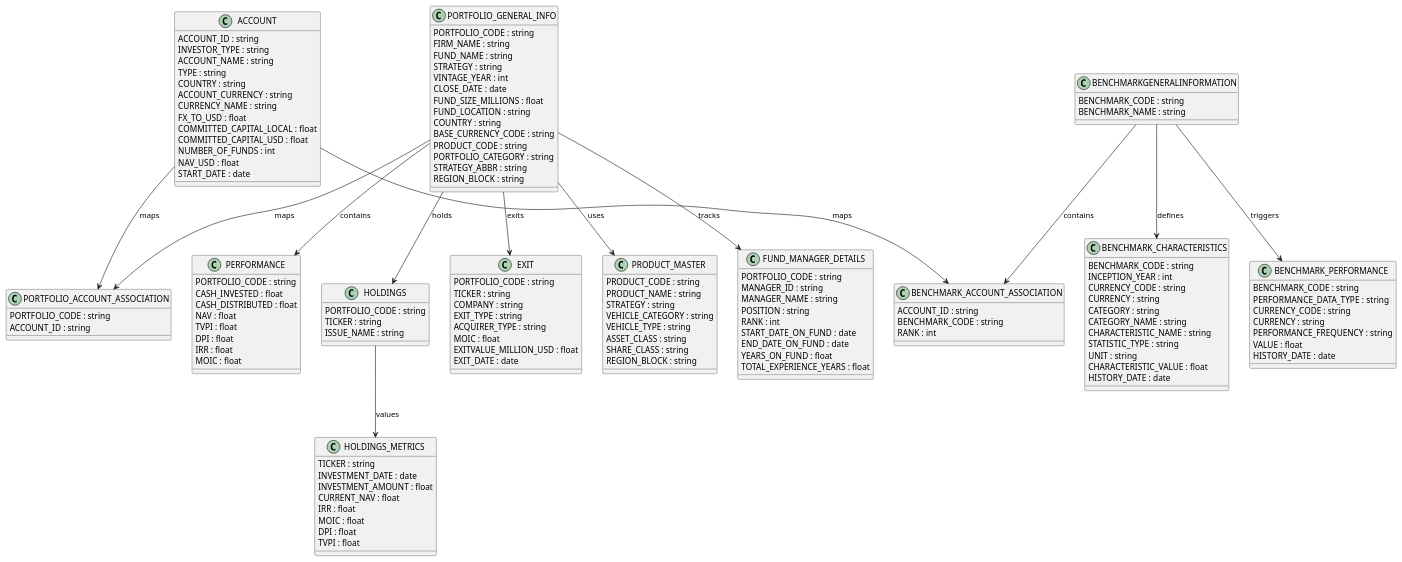
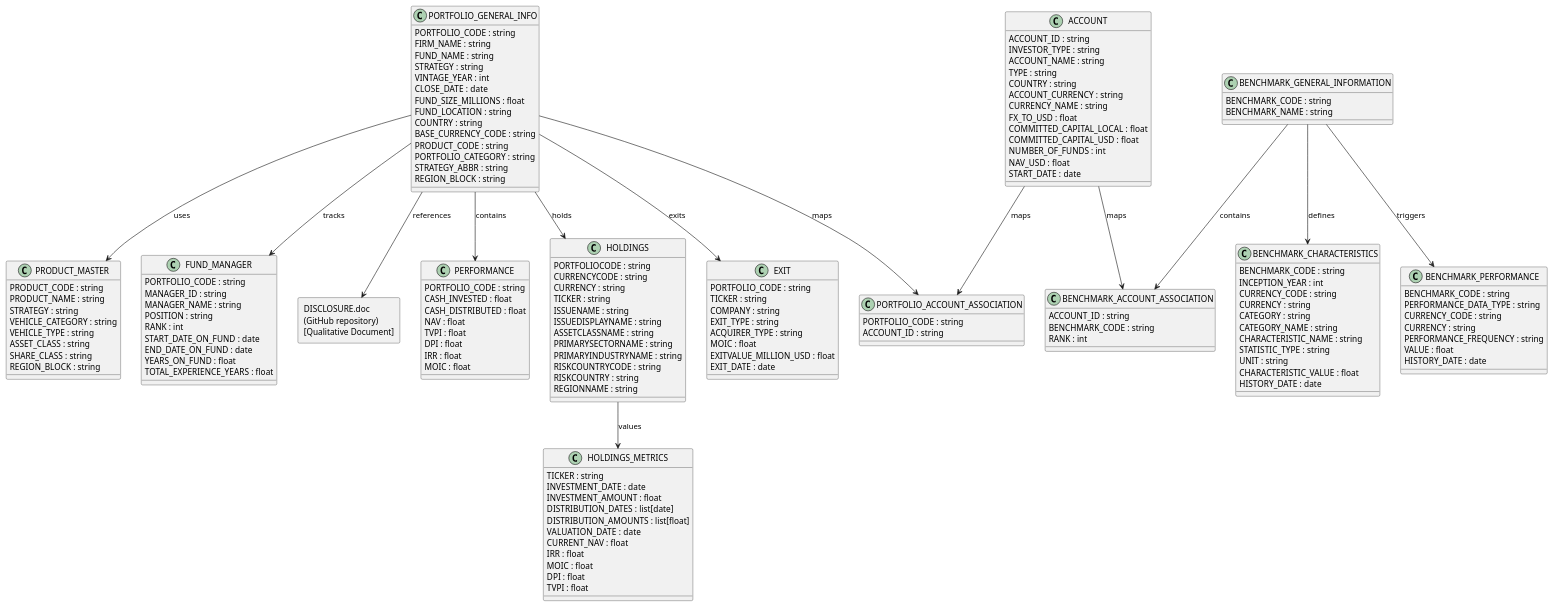
The diagram in vc_diagram.puml (mweb29/VC_Capstone_Project), drawn with PlantUML before and after one commit. The commit also changed 1 other file, not shown here.

Commit message:
README and diagram updates

```diff
--- a/vc_diagram.puml
+++ b/vc_diagram.puml
@@ -1,155 +1,175 @@
 @startuml VC_Diagram
 
 ' ───── Class Definitions (Tables) ─────
 
 class ACCOUNT {
   ACCOUNT_ID : string
   INVESTOR_TYPE : string
   ACCOUNT_NAME : string
   TYPE : string
   COUNTRY : string
   ACCOUNT_CURRENCY : string
   CURRENCY_NAME : string
   FX_TO_USD : float
   COMMITTED_CAPITAL_LOCAL : float
   COMMITTED_CAPITAL_USD : float
   NUMBER_OF_FUNDS : int
   NAV_USD : float
   START_DATE : date
 }
 
 class PORTFOLIO_GENERAL_INFO {
   PORTFOLIO_CODE : string
   FIRM_NAME : string
   FUND_NAME : string
   STRATEGY : string
   VINTAGE_YEAR : int
   CLOSE_DATE : date
   FUND_SIZE_MILLIONS : float
   FUND_LOCATION : string
   COUNTRY : string
   BASE_CURRENCY_CODE : string
   PRODUCT_CODE : string
   PORTFOLIO_CATEGORY : string
   STRATEGY_ABBR : string
   REGION_BLOCK : string
 }
 
 class PORTFOLIO_ACCOUNT_ASSOCIATION {
   PORTFOLIO_CODE : string
   ACCOUNT_ID : string
 }
 
 class PERFORMANCE {
   PORTFOLIO_CODE : string
   CASH_INVESTED : float
   CASH_DISTRIBUTED : float
   NAV : float
   TVPI : float
   DPI : float
   IRR : float
   MOIC : float
 }
 
 class HOLDINGS {
-  PORTFOLIO_CODE : string
+  PORTFOLIOCODE : string
+  CURRENCYCODE : string
+  CURRENCY : string
   TICKER : string
-  ISSUE_NAME : string
+  ISSUENAME : string
+  ISSUEDISPLAYNAME : string
+  ASSETCLASSNAME : string
+  PRIMARYSECTORNAME : string
+  PRIMARYINDUSTRYNAME : string
+  RISKCOUNTRYCODE : string
+  RISKCOUNTRY : string
+  REGIONNAME : string
 }
 
 class HOLDINGS_METRICS {
   TICKER : string
   INVESTMENT_DATE : date
   INVESTMENT_AMOUNT : float
+  DISTRIBUTION_DATES : list[date]
+  DISTRIBUTION_AMOUNTS : list[float]
+  VALUATION_DATE : date
   CURRENT_NAV : float
   IRR : float
   MOIC : float
   DPI : float
   TVPI : float
 }
 
 class EXIT {
   PORTFOLIO_CODE : string
   TICKER : string
   COMPANY : string
   EXIT_TYPE : string
   ACQUIRER_TYPE : string
   MOIC : float
   EXITVALUE_MILLION_USD : float
   EXIT_DATE : date
 }
 
 class PRODUCT_MASTER {
   PRODUCT_CODE : string
   PRODUCT_NAME : string
   STRATEGY : string
   VEHICLE_CATEGORY : string
   VEHICLE_TYPE : string
   ASSET_CLASS : string
   SHARE_CLASS : string
   REGION_BLOCK : string
 }
 
-class FUND_MANAGER_DETAILS {
+class FUND_MANAGER {
   PORTFOLIO_CODE : string
   MANAGER_ID : string
   MANAGER_NAME : string
   POSITION : string
   RANK : int
   START_DATE_ON_FUND : date
   END_DATE_ON_FUND : date
   YEARS_ON_FUND : float
   TOTAL_EXPERIENCE_YEARS : float
 }
 
-class BENCHMARKGENERALINFORMATION {
+class BENCHMARK_GENERAL_INFORMATION {
   BENCHMARK_CODE : string
   BENCHMARK_NAME : string
 }
 
 class BENCHMARK_CHARACTERISTICS {
   BENCHMARK_CODE : string
   INCEPTION_YEAR : int
   CURRENCY_CODE : string
   CURRENCY : string
   CATEGORY : string
   CATEGORY_NAME : string
   CHARACTERISTIC_NAME : string
   STATISTIC_TYPE : string
   UNIT : string
   CHARACTERISTIC_VALUE : float
   HISTORY_DATE : date
 }
 
 class BENCHMARK_PERFORMANCE {
   BENCHMARK_CODE : string
   PERFORMANCE_DATA_TYPE : string
   CURRENCY_CODE : string
   CURRENCY : string
   PERFORMANCE_FREQUENCY : string
   VALUE : float
   HISTORY_DATE : date
 }
 
 class BENCHMARK_ACCOUNT_ASSOCIATION {
   ACCOUNT_ID : string
   BENCHMARK_CODE : string
   RANK : int
 }
 
+' ───── External Qualitative Document (GitHub) ─────
+rectangle DISCLOSURE_DOC [
+DISCLOSURE.doc
+(GitHub repository)
+[Qualitative Document]
+]
+
 ' ───── Relationship Definitions (foreign keys + conceptual links) ─────
 
 ACCOUNT --> PORTFOLIO_ACCOUNT_ASSOCIATION : maps
 PORTFOLIO_GENERAL_INFO --> PORTFOLIO_ACCOUNT_ASSOCIATION : maps
 PORTFOLIO_GENERAL_INFO --> PERFORMANCE : contains
 PORTFOLIO_GENERAL_INFO --> HOLDINGS : holds
 PORTFOLIO_GENERAL_INFO --> EXIT : exits
 PORTFOLIO_GENERAL_INFO --> PRODUCT_MASTER : uses
-PORTFOLIO_GENERAL_INFO --> FUND_MANAGER_DETAILS : tracks
+PORTFOLIO_GENERAL_INFO --> FUND_MANAGER : tracks
+PORTFOLIO_GENERAL_INFO --> DISCLOSURE_DOC : references
 HOLDINGS --> HOLDINGS_METRICS : values
 ACCOUNT --> BENCHMARK_ACCOUNT_ASSOCIATION : maps
-BENCHMARKGENERALINFORMATION --> BENCHMARK_CHARACTERISTICS : defines
-BENCHMARKGENERALINFORMATION --> BENCHMARK_PERFORMANCE : triggers
-BENCHMARKGENERALINFORMATION --> BENCHMARK_ACCOUNT_ASSOCIATION : contains
+BENCHMARK_GENERAL_INFORMATION --> BENCHMARK_CHARACTERISTICS : defines
+BENCHMARK_GENERAL_INFORMATION--> BENCHMARK_PERFORMANCE : triggers
+BENCHMARK_GENERAL_INFORMATION --> BENCHMARK_ACCOUNT_ASSOCIATION : contains
 
 @enduml
```
